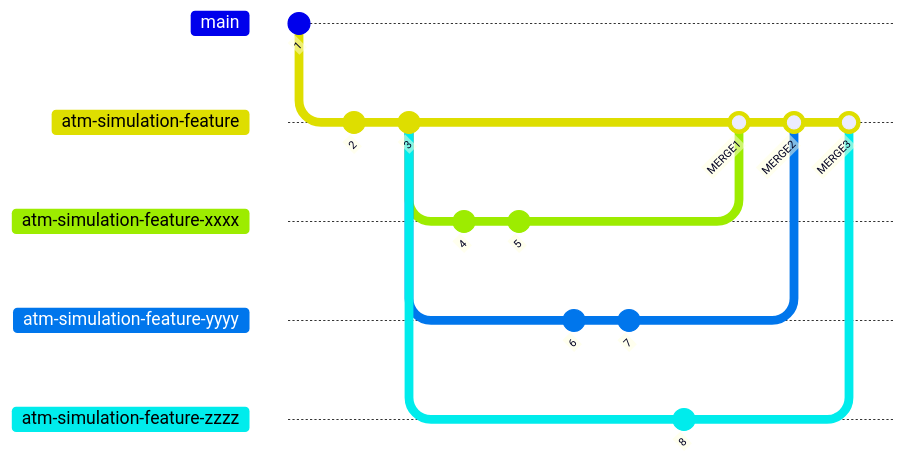
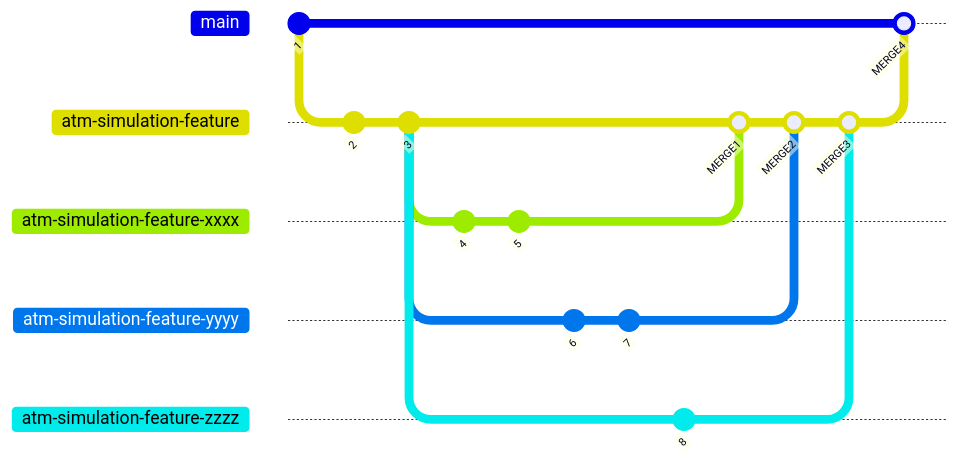
The diagram in Editor _ Mermaid Chart-2025-06-10-125859.mmd (Honma218/kisohenn_kadai), drawn with Mermaid before and after one commit.

Commit message:
Update Editor _ Mermaid Chart-2025-06-10-125859.mmd

```diff
--- a/Editor _ Mermaid Chart-2025-06-10-125859.mmd
+++ b/Editor _ Mermaid Chart-2025-06-10-125859.mmd
@@ -1,21 +1,23 @@
 gitGraph
     commit id: "1"
     branch atm-simulation-feature
     checkout atm-simulation-feature
     commit id: "2"
     commit id: "3"
     branch atm-simulation-feature-xxxx
     branch atm-simulation-feature-yyyy
     branch atm-simulation-feature-zzzz
     checkout atm-simulation-feature-xxxx
     commit id: "4"
     commit id: "5"
     checkout atm-simulation-feature-yyyy
     commit id: "6"
     commit id: "7"
     checkout atm-simulation-feature-zzzz
     commit id: "8"
     checkout atm-simulation-feature
     merge atm-simulation-feature-xxxx id:"MERGE1"
     merge atm-simulation-feature-yyyy id:"MERGE2"
     merge atm-simulation-feature-zzzz id:"MERGE3"
+    checkout main
+    merge atm-simulation-feature id:"MERGE4"
```
